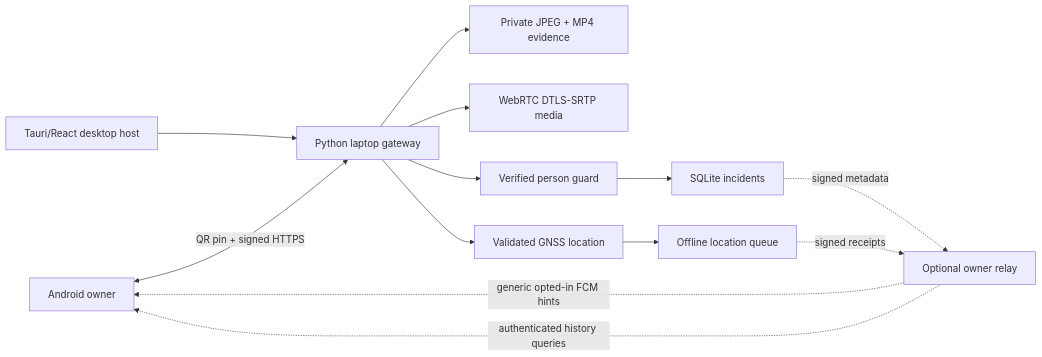
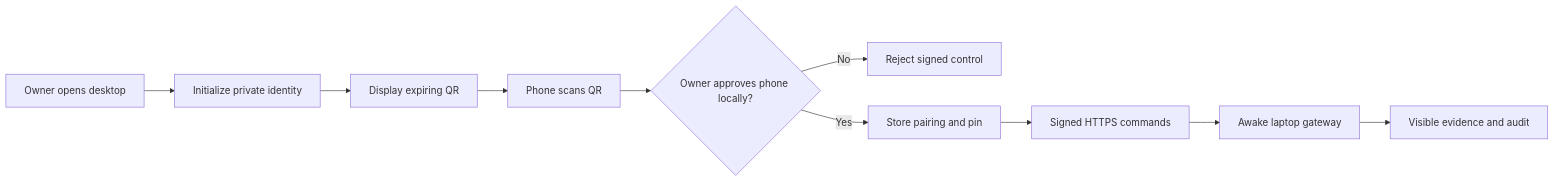
The first of 2 diagrams in README.md (PerezChris99/Laptop-watch), drawn with Mermaid before and after one commit. The commit also changed other lines of this file and 12 other files, not shown here.

First line of the commit message:
docs(overhaul): publish single-mobile architecture, parity and release stop-ship ledger

````diff
--- a/README.md
+++ b/README.md
@@ -73,15 +38,12 @@
 ```mermaid
 flowchart LR
-  A[Android owner] <-->|QR pin + signed HTTPS| G[Python laptop gateway]
-  G --> E[Private JPEG + MP4 evidence]
-  G --> V[WebRTC DTLS-SRTP media]
-  G --> P[Verified person guard]
-  G --> L[Validated GNSS location]
-  P --> I[SQLite incidents]
-  L --> Q[Offline location queue]
-  I -. signed metadata .-> R[Optional owner relay]
-  Q -. signed receipts .-> R
-  R -. generic opted-in FCM hints .-> A
-  R -. authenticated history queries .-> A
-  T[Tauri/React desktop host] --> G
+    O[Owner opens desktop] --> I[Initialize private identity]
+    I --> Q[Display expiring QR]
+    Q --> P[Phone scans QR]
+    P --> A{Owner approves phone locally?}
+    A -->|No| R[Reject signed control]
+    A -->|Yes| S[Store pairing and pin]
+    S --> C[Signed HTTPS commands]
+    C --> G[Awake laptop gateway]
+    G --> E[Visible evidence and audit]
 ```
````
